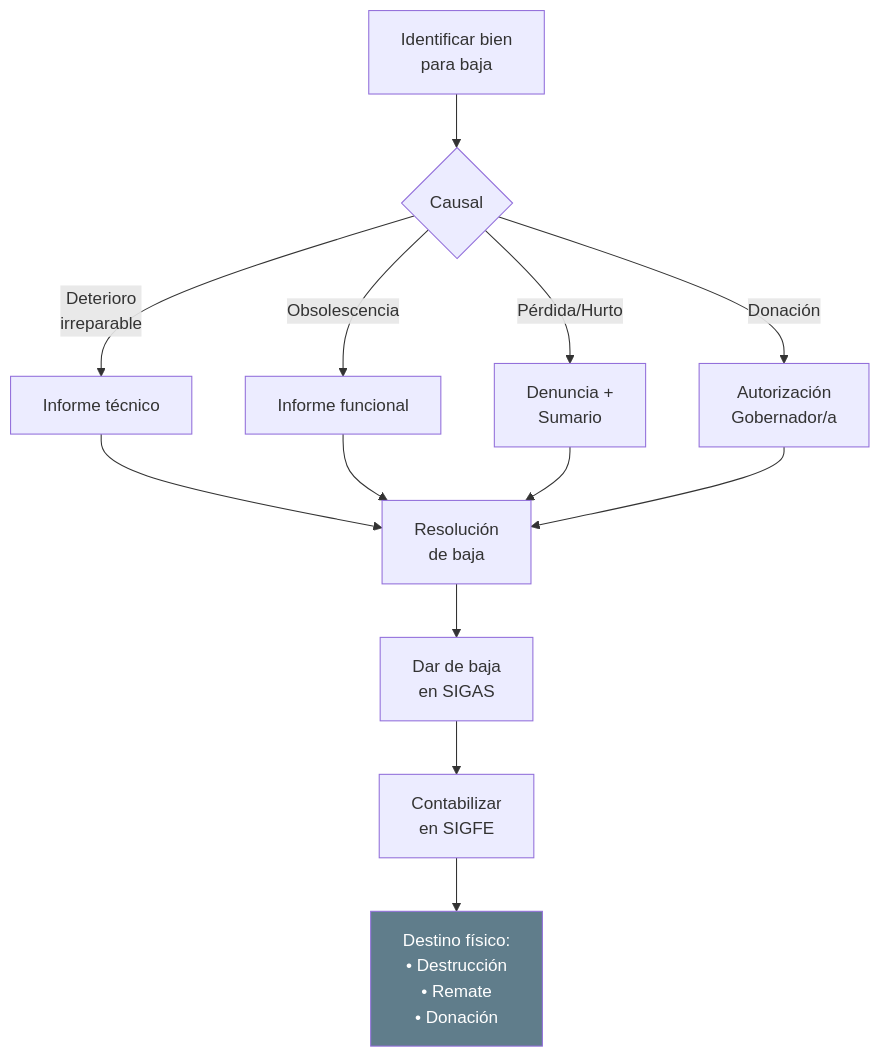
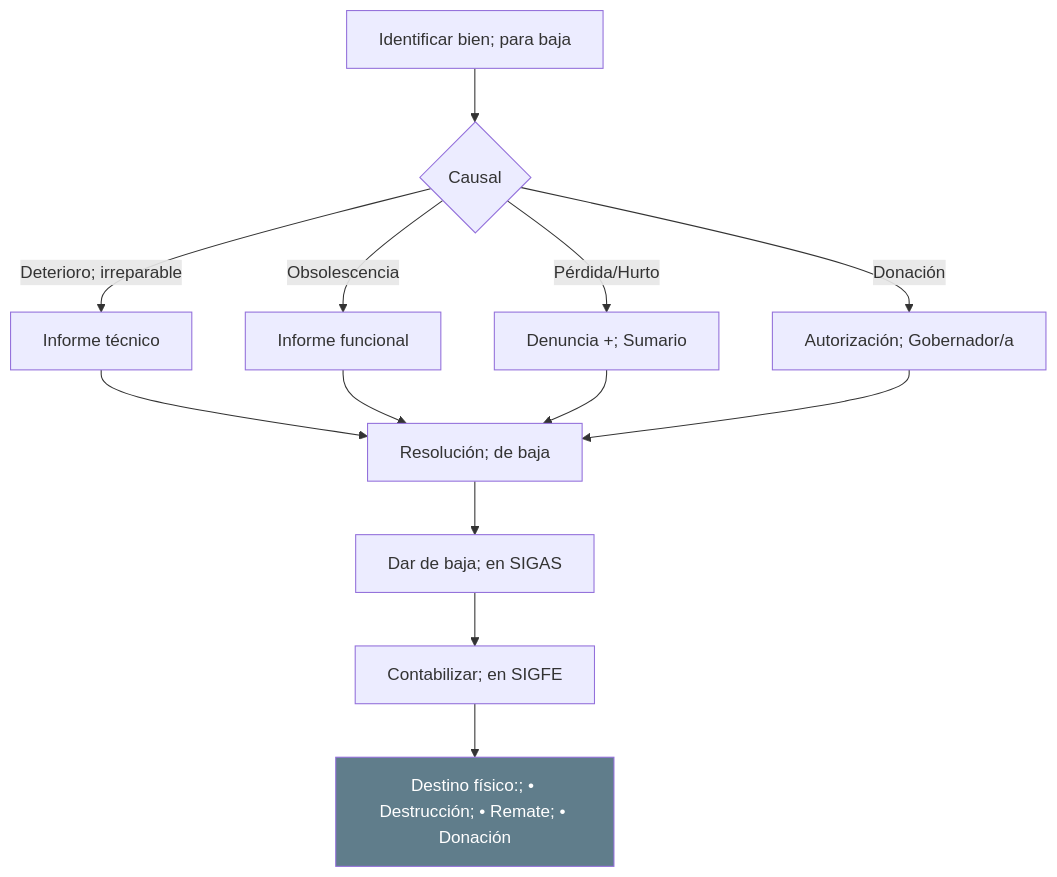
Before and after one commit to felix-antonio-sl/kora: the tenth of 12 diagrams in drafts/gn/bpmn/bpmn-d05-inventarios-activo-fijo.md, drawn with Mermaid. The commit also changed other lines of this file and 265 other files, not shown here.

````diff
--- a/drafts/gn/bpmn/bpmn-d05-inventarios-activo-fijo.md
+++ b/drafts/gn/bpmn/bpmn-d05-inventarios-activo-fijo.md
@@ -209,13 +238,15 @@
 ```mermaid
 flowchart TD
-    A["Identificar bien<br/>para baja"] --> B{"Causal"}
-    B -->|"Deterioro<br/>irreparable"| C["Informe técnico"]
-    B -->|"Obsolescencia"| D["Informe funcional"]
-    B -->|"Pérdida/Hurto"| E["Denuncia +<br/>Sumario"]
-    B -->|"Donación"| F["Autorización<br/>Gobernador/a"]
-    C & D & E & F --> G["Resolución<br/>de baja"]
-    G --> H["Dar de baja<br/>en SIGAS"]
-    H --> I["Contabilizar<br/>en SIGFE"]
-    I --> J["Destino físico:<br/>• Destrucción<br/>• Remate<br/>• Donación"]
-    style J fill:#607D8B,color:#fff
+ A["Identificar bien; para baja"] --> B{"Causal"}
+ B -->|"Deterioro; irreparable"| C["Informe técnico"]
+ B -->|"Obsolescencia"| D["Informe funcional"]
+ B -->|"Pérdida/Hurto"| E["Denuncia +; Sumario"]
+ B -->|"Donación"| F["Autorización; Gobernador/a"]
+ 
+ C & D & E & F --> G["Resolución; de baja"]
+ G --> H["Dar de baja; en SIGAS"]
+ H --> I["Contabilizar; en SIGFE"]
+ I --> J["Destino físico:; • Destrucción; • Remate; • Donación"]
+
+ style J fill:#607D8B,color:#fff
 ```
````
